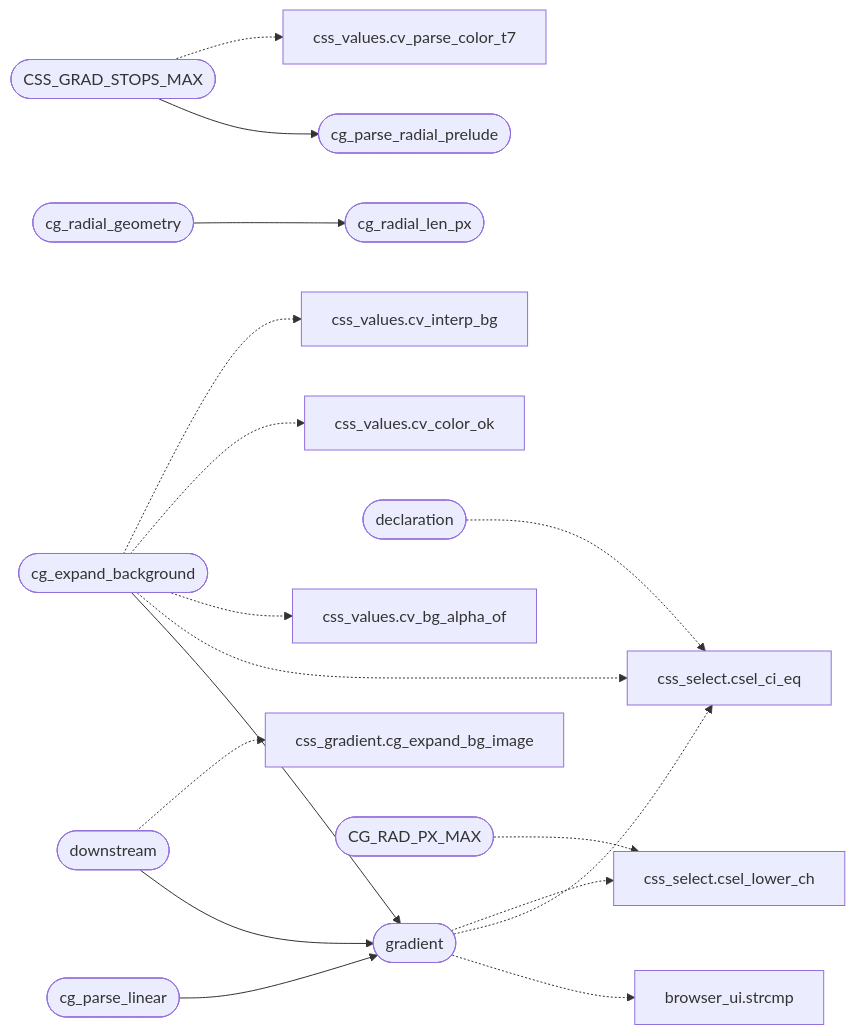
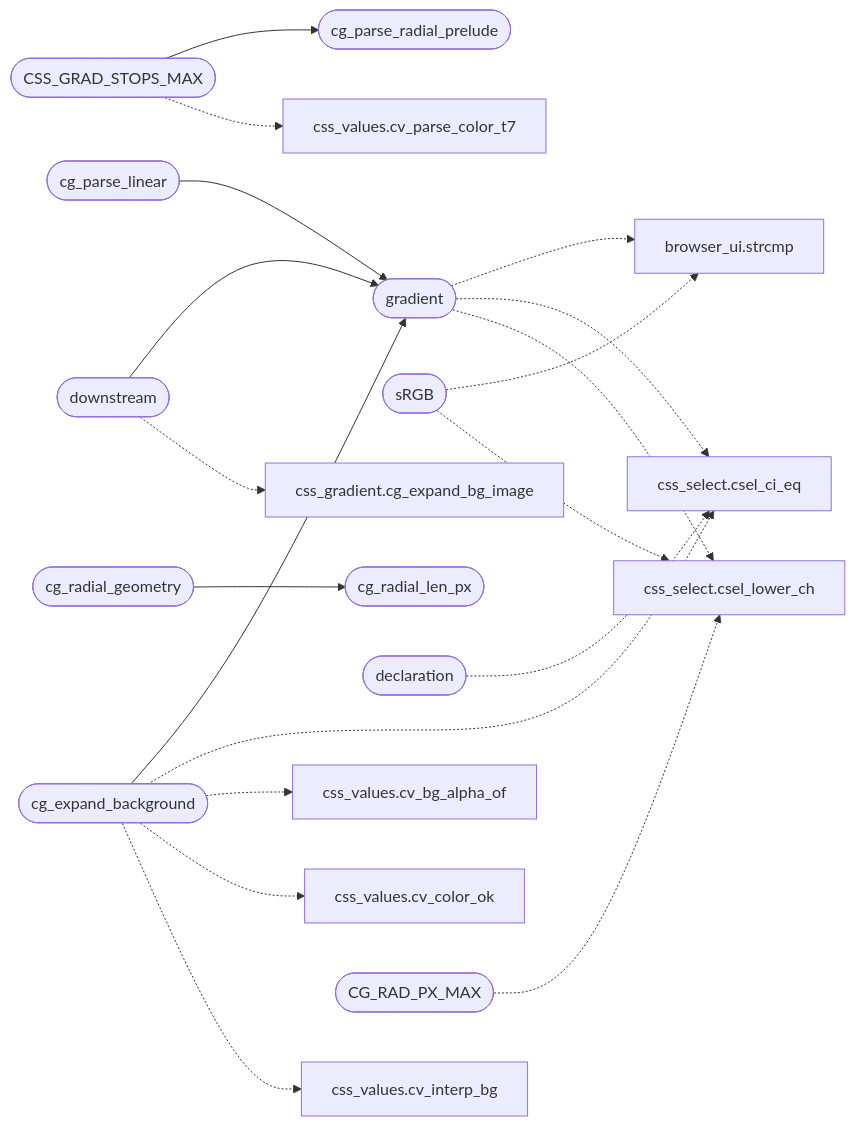
One commit to grisuno/FreeDom changed the diagram in readmenator-apidocs/modules/src.css_gradient.c.md. Above: the diagram before and after it, drawn with Mermaid. The commit also changed other lines of this file and 423 other files, not shown here.

````diff
--- a/readmenator-apidocs/modules/src.css_gradient.c.md
+++ b/readmenator-apidocs/modules/src.css_gradient.c.md
@@ -14,37 +14,40 @@
 ```mermaid
 flowchart LR
     n_src_css_gradient_c__CSS_GRAD_STOPS_MAX(["CSS_GRAD_STOPS_MAX"])
     n_src_css_gradient_c__cg_parse_radial_prelude(["cg_parse_radial_prelude"])
     n_src_css_gradient_c__downstream(["downstream"])
     n_src_css_gradient_c__gradient(["gradient"])
     n_src_css_gradient_c__cg_expand_background(["cg_expand_background"])
     n_src_css_gradient_c__cg_radial_geometry(["cg_radial_geometry"])
     n_src_css_gradient_c__cg_radial_len_px(["cg_radial_len_px"])
     n_src_css_gradient_c__cg_parse_linear(["cg_parse_linear"])
     n_gui_browser_ui_c__strcmp["browser_ui.strcmp"]
     n_include_css_select_h__csel_ci_eq["css_select.csel_ci_eq"]
     n_include_css_select_h__csel_lower_ch["css_select.csel_lower_ch"]
+    n_src_css_gradient_c__sRGB(["sRGB"])
     n_include_css_values_h__cv_parse_color_t7["css_values.cv_parse_color_t7"]
     n_include_css_gradient_h__cg_expand_bg_image["css_gradient.cg_expand_bg_image"]
     n_src_css_gradient_c__declaration(["declaration"])
     n_include_css_values_h__cv_bg_alpha_of["css_values.cv_bg_alpha_of"]
     n_include_css_values_h__cv_color_ok["css_values.cv_color_ok"]
     n_include_css_values_h__cv_interp_bg["css_values.cv_interp_bg"]
     n_src_css_gradient_c__CG_RAD_PX_MAX(["CG_RAD_PX_MAX"])
     n_src_css_gradient_c__CSS_GRAD_STOPS_MAX --> n_src_css_gradient_c__cg_parse_radial_prelude
     n_src_css_gradient_c__downstream --> n_src_css_gradient_c__gradient
     n_src_css_gradient_c__cg_expand_background --> n_src_css_gradient_c__gradient
     n_src_css_gradient_c__cg_radial_geometry --> n_src_css_gradient_c__cg_radial_len_px
     n_src_css_gradient_c__cg_parse_linear --> n_src_css_gradient_c__gradient
     n_src_css_gradient_c__gradient -.-> n_gui_browser_ui_c__strcmp
     n_src_css_gradient_c__gradient -.-> n_include_css_select_h__csel_ci_eq
     n_src_css_gradient_c__gradient -.-> n_include_css_select_h__csel_lower_ch
+    n_src_css_gradient_c__sRGB -.-> n_gui_browser_ui_c__strcmp
+    n_src_css_gradient_c__sRGB -.-> n_include_css_select_h__csel_lower_ch
     n_src_css_gradient_c__CSS_GRAD_STOPS_MAX -.-> n_include_css_values_h__cv_parse_color_t7
     n_src_css_gradient_c__downstream -.-> n_include_css_gradient_h__cg_expand_bg_image
     n_src_css_gradient_c__declaration -.-> n_include_css_select_h__csel_ci_eq
     n_src_css_gradient_c__cg_expand_background -.-> n_include_css_select_h__csel_ci_eq
     n_src_css_gradient_c__cg_expand_background -.-> n_include_css_values_h__cv_bg_alpha_of
     n_src_css_gradient_c__cg_expand_background -.-> n_include_css_values_h__cv_color_ok
     n_src_css_gradient_c__cg_expand_background -.-> n_include_css_values_h__cv_interp_bg
     n_src_css_gradient_c__CG_RAD_PX_MAX -.-> n_include_css_select_h__csel_lower_ch
 ```
````
